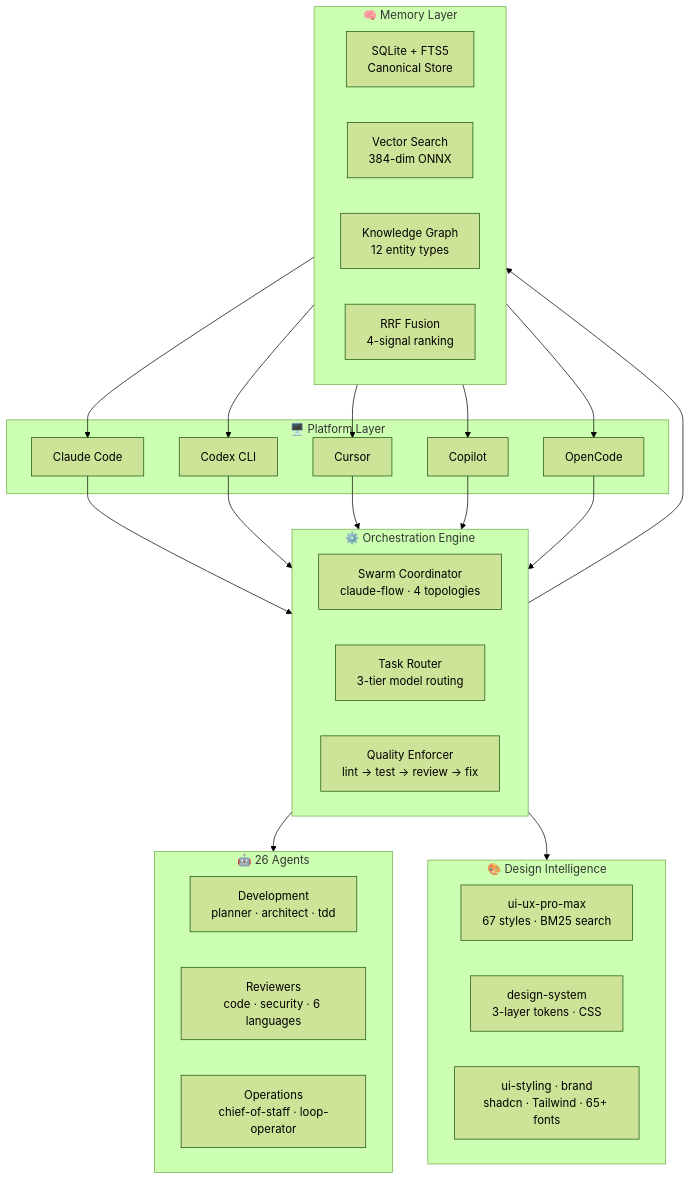
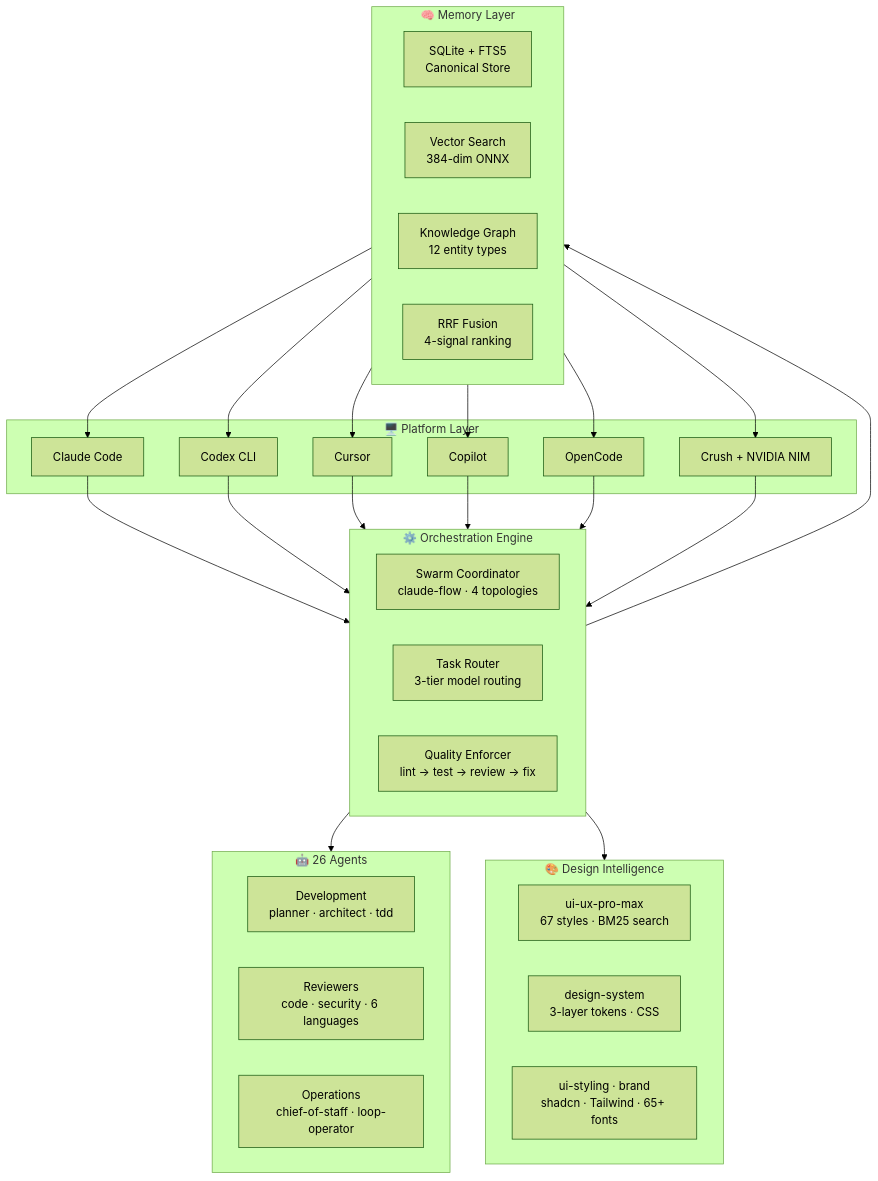
Before and after one commit to ORION2809/claude-Fulcrum: the first of 2 diagrams in README.md, drawn with Mermaid (forest theme). The commit also changed other lines of this file and 21 other files, not shown here.

First line of the commit message:
feat: add Crush + NVIDIA NIM as 7th platform

````diff
--- a/README.md
+++ b/README.md
@@ -155,41 +157,42 @@
 ```mermaid
 graph TB
     subgraph PLATFORMS["🖥️ Platform Layer"]
         CC[Claude Code]
         CX[Codex CLI]
         CU[Cursor]
         CP[Copilot]
         OC[OpenCode]
+        CR[Crush + NVIDIA NIM]
     end
 
     subgraph ENGINE["⚙️ Orchestration Engine"]
         SW["Swarm Coordinator<br/>claude-flow · 4 topologies"]
         TR["Task Router<br/>3-tier model routing"]
         QE["Quality Enforcer<br/>lint → test → review → fix"]
     end
 
     subgraph MEMORY["🧠 Memory Layer"]
         SQ["SQLite + FTS5<br/>Canonical Store"]
         VS["Vector Search<br/>384-dim ONNX"]
         KG["Knowledge Graph<br/>12 entity types"]
         RRF["RRF Fusion<br/>4-signal ranking"]
     end
 
     subgraph AGENTS["🤖 26 Agents"]
         DEV["Development<br/>planner · architect · tdd"]
         REV["Reviewers<br/>code · security · 6 languages"]
         OPS["Operations<br/>chief-of-staff · loop-operator"]
     end
 
     subgraph DESIGN["🎨 Design Intelligence"]
         UX["ui-ux-pro-max<br/>67 styles · BM25 search"]
         DS["design-system<br/>3-layer tokens · CSS"]
         UI["ui-styling · brand<br/>shadcn · Tailwind · 65+ fonts"]
     end
 
-    CC & CX & CU & CP & OC --> ENGINE
+    CC & CX & CU & CP & OC & CR --> ENGINE
     ENGINE --> MEMORY
     ENGINE --> AGENTS
     ENGINE --> DESIGN
-    MEMORY --> CC & CX & CU & CP & OC
+    MEMORY --> CC & CX & CU & CP & OC & CR
 ```
````
